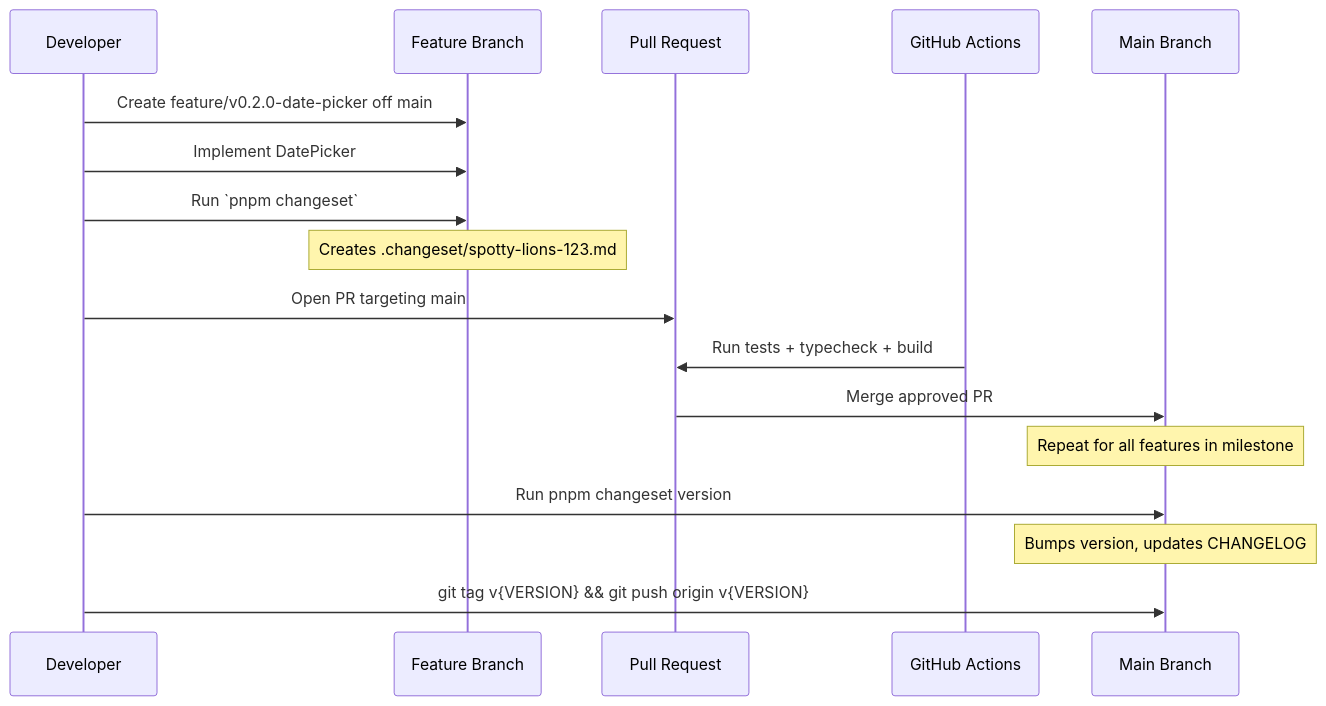
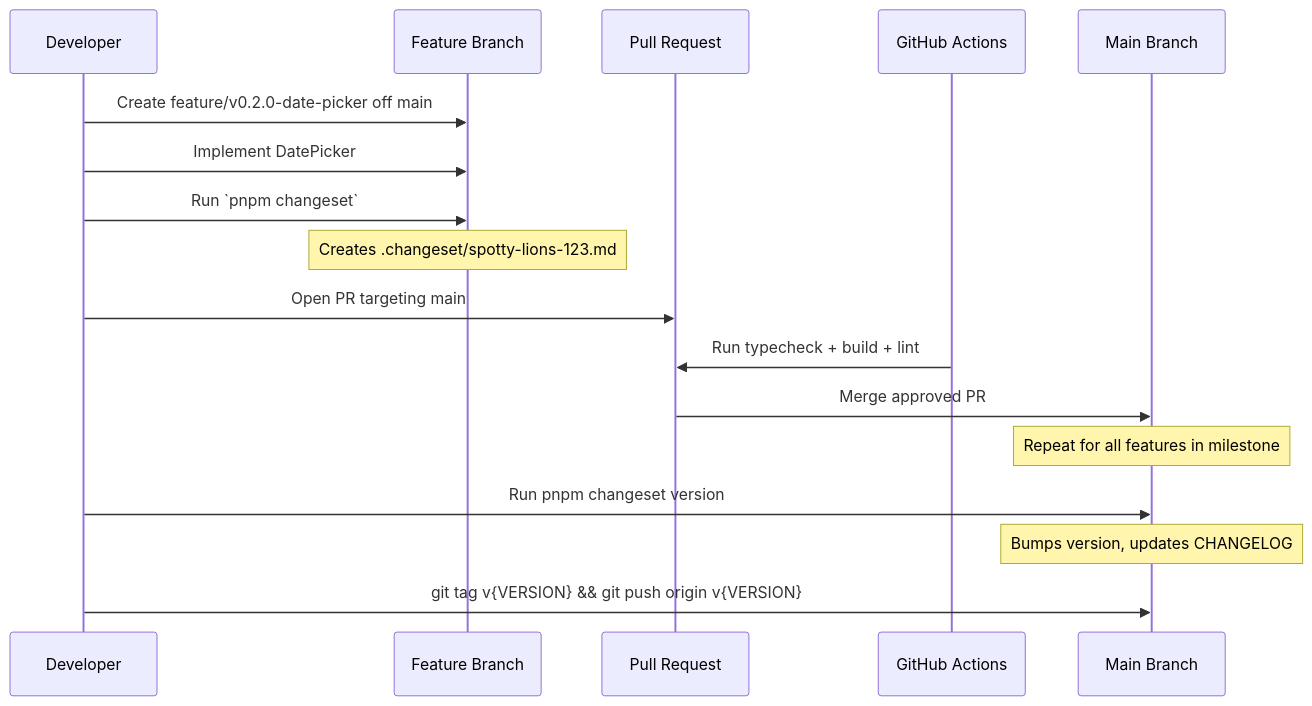
Before and after one commit to WianVDM/schema-framework: the fourth of 4 diagrams in docs/roadmap.md, drawn with Mermaid. The commit also changed other lines of this file and 3 other files, not shown here.

First line of the commit message:
docs: update README, PR template, roadmap, and ADR-005

````diff
--- a/docs/roadmap.md
+++ b/docs/roadmap.md
@@ -519,20 +519,20 @@
 ```mermaid
 sequenceDiagram
     participant Dev as Developer
     participant Branch as Feature Branch
     participant PR as Pull Request
     participant CI as GitHub Actions
     participant Main as Main Branch
 
     Dev->>Branch: Create feature/v0.2.0-date-picker off main
     Dev->>Branch: Implement DatePicker
     Dev->>Branch: Run `pnpm changeset`
     Note over Branch: Creates .changeset/spotty-lions-123.md
     Dev->>PR: Open PR targeting main
-    CI->>PR: Run tests + typecheck + build
+    CI->>PR: Run typecheck + build + lint
     PR->>Main: Merge approved PR
     Note over Main: Repeat for all features in milestone
     Dev->>Main: Run pnpm changeset version
     Note over Main: Bumps version, updates CHANGELOG
     Dev->>Main: git tag v{VERSION} && git push origin v{VERSION}
 ```
````
